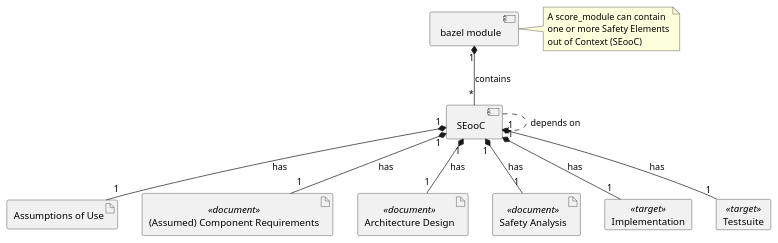
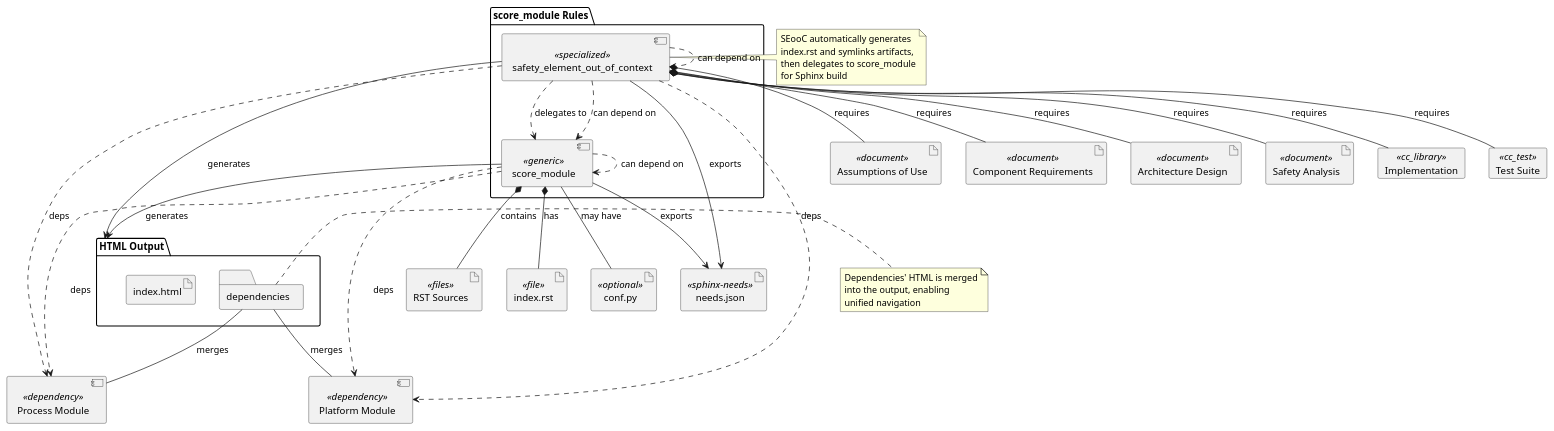
Before and after one commit to eclipse-score/tooling: the diagram in bazel/rules/score_module/docs/index.rst, drawn with PlantUML. The commit also changed other lines of this file and 31 other files, not shown here.

First line of the commit message:
[Module API] Introduce build per module

```diff
--- a/bazel/rules/score_module/docs/index.rst
+++ b/bazel/rules/score_module/docs/index.rst
@@ -19,30 +22,78 @@
 .. uml::
 
    @startuml
-    [SEooC] as SEooC
-    [bazel module] as bzlmod
-    Artifact "Assumptions of Use" as AoU
-    Artifact "(Assumed) Component Requirements" as CR <<document>>
-    Artifact "Architecture Design" as AD <<document>>
-    Artifact "Safety Analysis" as SA <<document>>
-    Card "Implementation" as Impl <<target>>
-    Card "Testsuite" as Test <<target>>
+   package "score_module Rules" {
+       component "score_module" as SM <<generic>>
+       component "safety_element_out_of_context" as SEooC <<specialized>>
+   }
 
+   ' score_module structure
+   artifact "RST Sources" as RST <<files>>
+   artifact "index.rst" as IDX <<file>>
+   artifact "conf.py" as CONF <<optional>>
 
+   ' SEooC-specific artifacts
+   artifact "Assumptions of Use" as AoU <<document>>
+   artifact "Component Requirements" as CR <<document>>
+   artifact "Architecture Design" as AD <<document>>
+   artifact "Safety Analysis" as SA <<document>>
 
-    bzlmod "1" *-- "*" SEooC : contains
-    SEooC ..> SEooC : depends on
-    SEooC "1" *-- "1" AoU : has
-    SEooC "1" *-- "1" CR : has
-    SEooC "1" *-- "1" AD : has
-    SEooC "1" *-- "1" Impl : has
-    SEooC "1" *-- "1" Test : has
-    SEooC "1" *-- "1" SA : has
+   ' Implementation artifacts
+   card "Implementation" as Impl <<cc_library>>
+   card "Test Suite" as Test <<cc_test>>
 
-    note right of bzlmod
-        A score_module can contain
-        one or more Safety Elements
-        out of Context (SEooC)
-    end note
+   ' Generated outputs
+   folder "HTML Output" as HTML {
+       artifact "index.html" as HTMLIDX
+       folder "dependencies" as DEPS
+   }
+   artifact "needs.json" as NEEDS <<sphinx-needs>>
+
+   ' Dependencies
+   component "Process Module" as PROC <<dependency>>
+   component "Platform Module" as PLAT <<dependency>>
+
+   ' Relationships for score_module
+   SM *-- RST : contains
+   SM *-- IDX : has
+   SM -- CONF : may have
+   SM ..> PROC : deps
+   SM ..> PLAT : deps
+   SM --> HTML : generates
+   SM --> NEEDS : exports
+
+   ' Relationships for SEooC
+   SEooC *-- AoU : requires
+   SEooC *-- CR : requires
+   SEooC *-- AD : requires
+   SEooC *-- SA : requires
+   SEooC *-- Impl : requires
+   SEooC *-- Test : requires
+   SEooC ..> PROC : deps
+   SEooC ..> PLAT : deps
+   SEooC --> HTML : generates
+   SEooC --> NEEDS : exports
+   SEooC ..> SM : delegates to
+
+   ' Cross-module dependencies
+   SM ..> SM : can depend on
+   SEooC ..> SEooC : can depend on
+   SEooC ..> SM : can depend on
+
+   DEPS -- PROC : merges
+   DEPS -- PLAT : merges
+
+   note right of SEooC
+       SEooC automatically generates
+       index.rst and symlinks artifacts,
+       then delegates to score_module
+       for Sphinx build
+   end note
+
+   note right of DEPS
+       Dependencies' HTML is merged
+       into the output, enabling
+       unified navigation
+   end note
 
    @enduml
```
